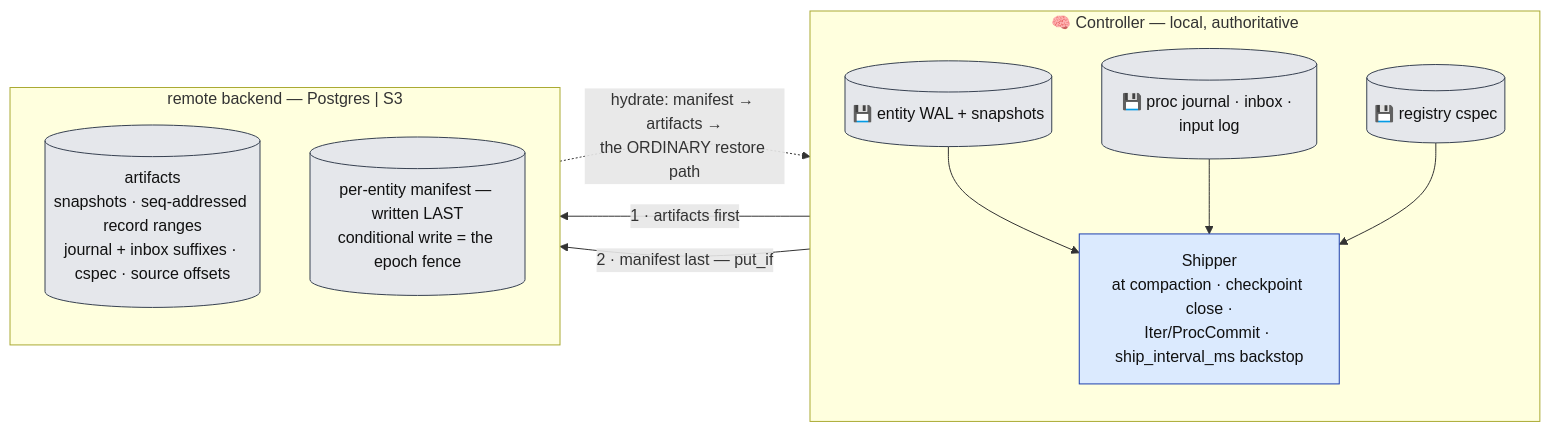
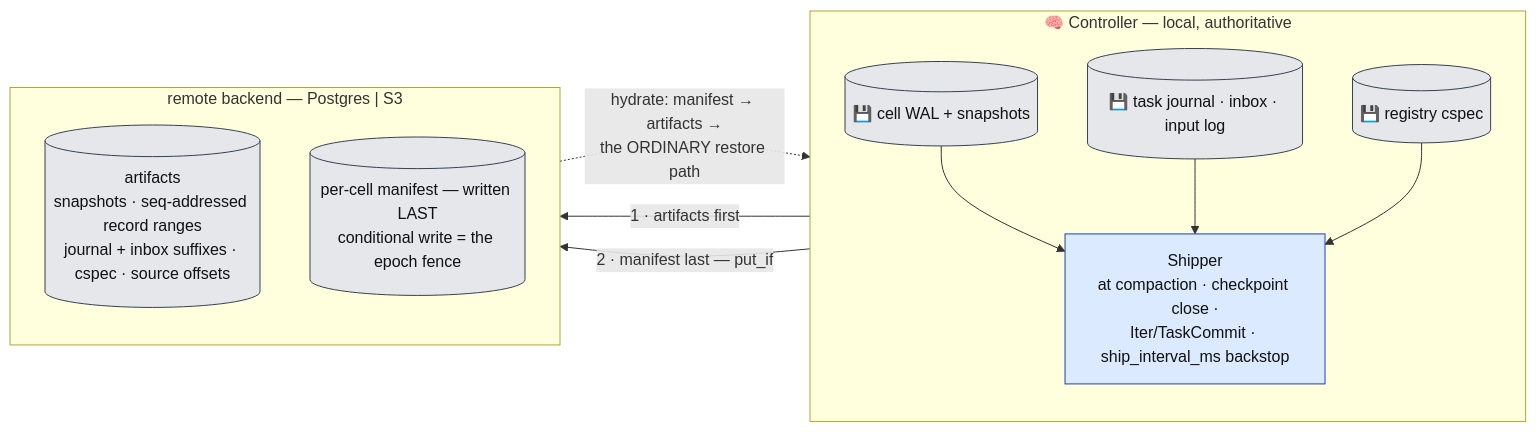
One commit to Flezha/flezha changed the seventh of 17 diagrams in docs/architecture/kernel.md. Above: the diagram before and after it, drawn with Mermaid. The commit also changed other lines of this file and 604 other files, not shown here.

First line of the commit message:
Rename Procedure to Tasklet and Entity to Cell

````diff
--- a/docs/architecture/kernel.md
+++ b/docs/architecture/kernel.md
@@ -333,23 +333,23 @@
 ```mermaid
 flowchart LR
     subgraph LOCAL["🧠 Controller — local, authoritative"]
         direction TB
-        WAL[("💾 entity WAL + snapshots")]:::store
-        JRN[("💾 proc journal · inbox · input log")]:::store
+        WAL[("💾 cell WAL + snapshots")]:::store
+        JRN[("💾 task journal · inbox · input log")]:::store
         CSPEC[("💾 registry cspec")]:::store
-        SH["Shipper<br/>at compaction · checkpoint close ·<br/>Iter/ProcCommit · ship_interval_ms backstop"]:::ctrl
+        SH["Shipper<br/>at compaction · checkpoint close ·<br/>Iter/TaskCommit · ship_interval_ms backstop"]:::ctrl
         WAL --> SH
         JRN --> SH
         CSPEC --> SH
     end
     subgraph REMOTE["remote backend — Postgres | S3"]
         direction TB
         ART[("artifacts<br/>snapshots · seq-addressed record ranges<br/>journal + inbox suffixes · cspec · source offsets")]:::store
-        MAN[("per-entity manifest — written LAST<br/>conditional write = the epoch fence")]:::store
+        MAN[("per-cell manifest — written LAST<br/>conditional write = the epoch fence")]:::store
     end
     SH -->|"1 · artifacts first"| ART
     SH -->|"2 · manifest last — put_if"| MAN
     MAN -.->|"hydrate: manifest → artifacts →<br/>the ORDINARY restore path"| LOCAL
     classDef ctrl fill:#dbeafe,stroke:#1e40af,color:#111
     classDef store fill:#e5e7eb,stroke:#374151,color:#111
 ```
````
